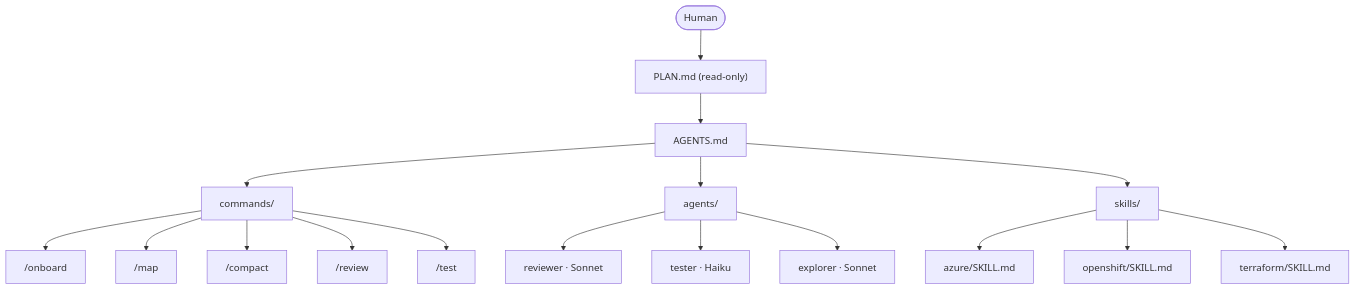
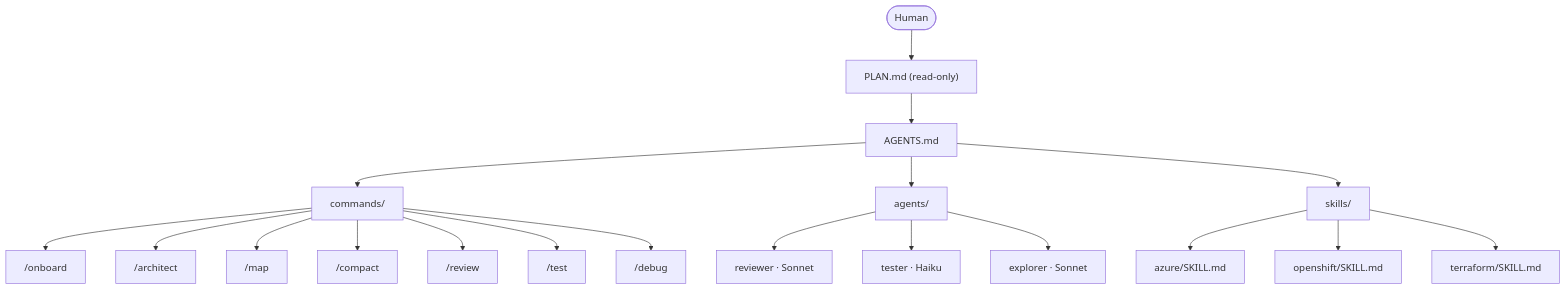
The first of 4 diagrams in README.md (ba544a7c93f99fcc91e78e0c49c2008c/opencode-starter), drawn with Mermaid before and after one commit. The commit also changed other lines of this file and 2 other files, not shown here.

First line of the commit message:
feat: add /debug command and update docs for /architect

````diff
--- a/README.md
+++ b/README.md
@@ -30,22 +30,24 @@
 ```mermaid
 flowchart TD
     H([Human]) --> P["PLAN.md (read-only)"]
     P --> A[AGENTS.md]
     A --> C[commands/]
     A --> AG[agents/]
     A --> SK[skills/]
 
     C --> c1["/onboard"]
-    C --> c2["/map"]
-    C --> c3["/compact"]
-    C --> c4["/review"]
-    C --> c5["/test"]
+    C --> c2["/architect"]
+    C --> c3["/map"]
+    C --> c4["/compact"]
+    C --> c5["/review"]
+    C --> c6["/test"]
+    C --> c7["/debug"]
 
     AG --> a1["reviewer · Sonnet"]
     AG --> a2["tester · Haiku"]
     AG --> a3["explorer · Sonnet"]
 
     SK --> s1[azure/SKILL.md]
     SK --> s2[openshift/SKILL.md]
     SK --> s3[terraform/SKILL.md]
 ```
````
